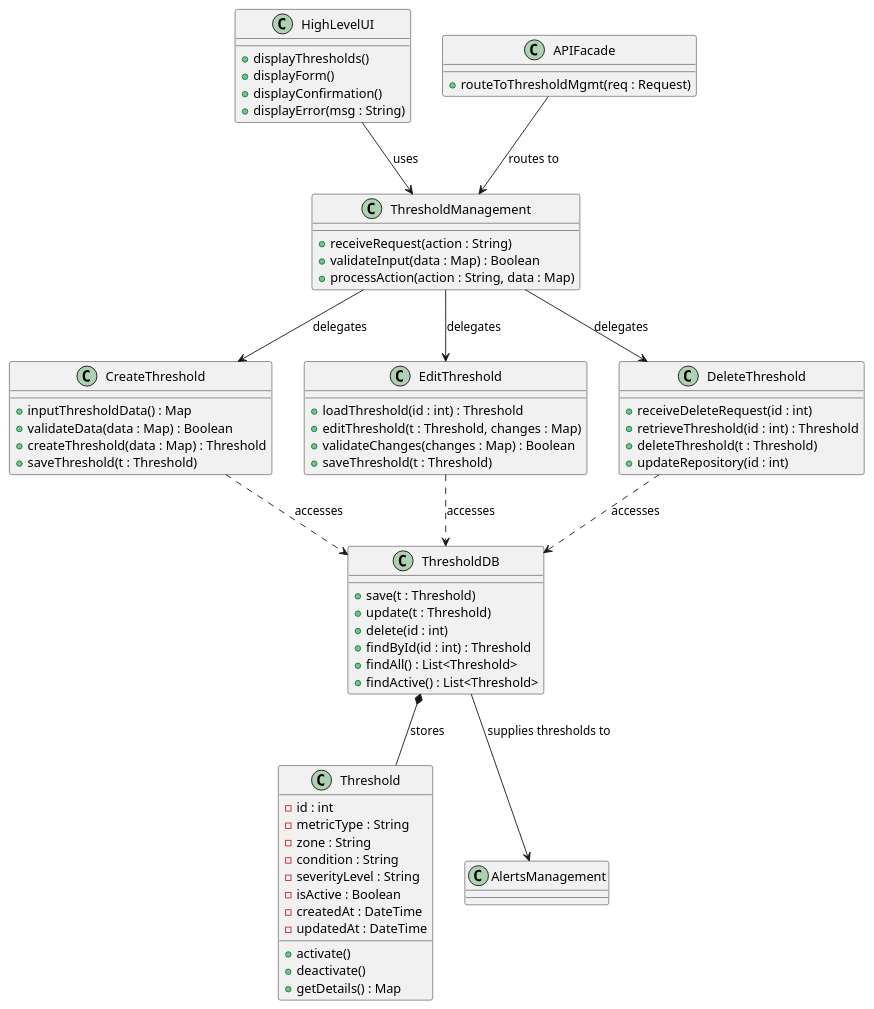
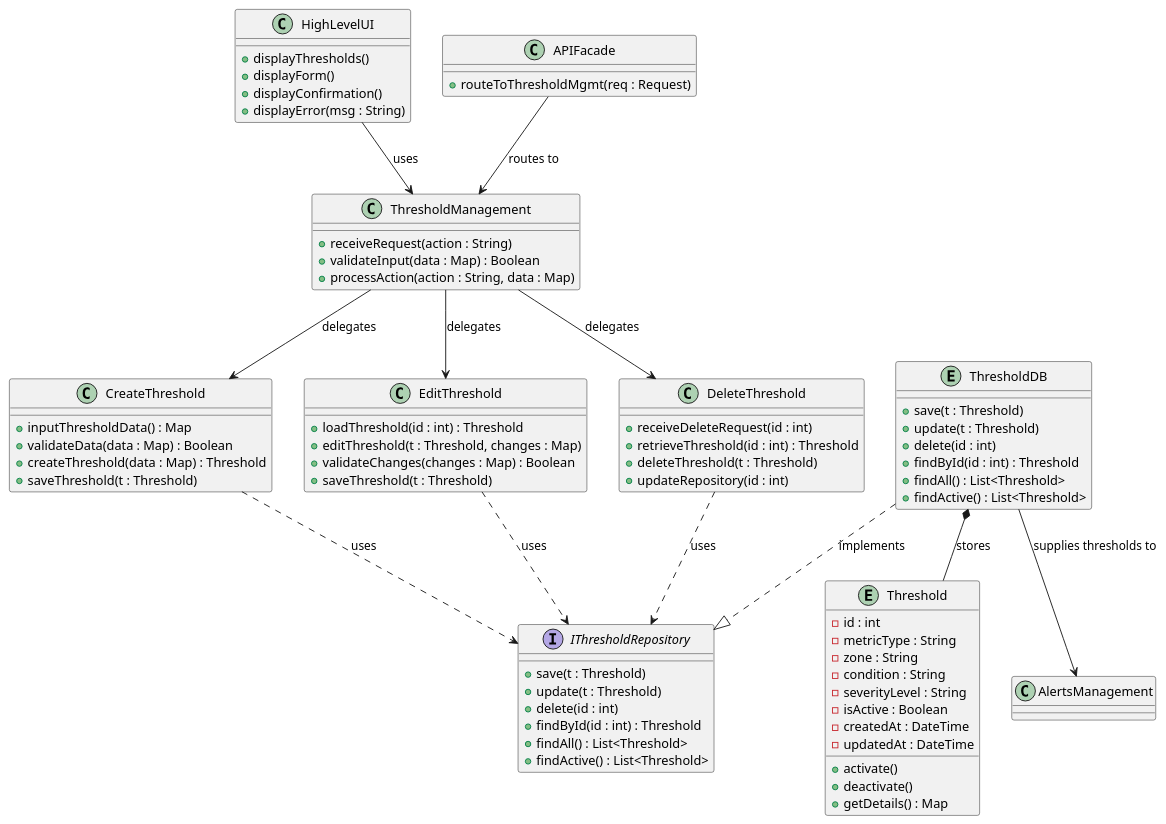
Before and after one commit to harmanpreet-sagar/sfwreng-3a04-group6-t01-scemas: the diagram in docs/diagrams/plantuml/class/thresh_subsystem.puml, drawn with PlantUML. The commit also changed 1 other file, not shown here.

```diff
--- a/docs/diagrams/plantuml/class/thresh_subsystem.puml
+++ b/docs/diagrams/plantuml/class/thresh_subsystem.puml
@@ -1,78 +1,88 @@
 @startuml ThresholdManagement_ClassDiagram
 
 class HighLevelUI {
   +displayThresholds()
   +displayForm()
   +displayConfirmation()
   +displayError(msg : String)
 }
 
 class APIFacade {
   +routeToThresholdMgmt(req : Request)
 }
 
 class ThresholdManagement {
   +receiveRequest(action : String)
   +validateInput(data : Map) : Boolean
   +processAction(action : String, data : Map)
 }
 
 class CreateThreshold {
   +inputThresholdData() : Map
   +validateData(data : Map) : Boolean
   +createThreshold(data : Map) : Threshold
   +saveThreshold(t : Threshold)
 }
 
 class EditThreshold {
   +loadThreshold(id : int) : Threshold
   +editThreshold(t : Threshold, changes : Map)
   +validateChanges(changes : Map) : Boolean
   +saveThreshold(t : Threshold)
 }
 
 class DeleteThreshold {
   +receiveDeleteRequest(id : int)
   +retrieveThreshold(id : int) : Threshold
   +deleteThreshold(t : Threshold)
   +updateRepository(id : int)
 }
 
-class Threshold {
+interface IThresholdRepository {
+  +save(t : Threshold)
+  +update(t : Threshold)
+  +delete(id : int)
+  +findById(id : int) : Threshold
+  +findAll() : List<Threshold>
+  +findActive() : List<Threshold>
+}
+
+entity ThresholdDB {
+  +save(t : Threshold)
+  +update(t : Threshold)
+  +delete(id : int)
+  +findById(id : int) : Threshold
+  +findAll() : List<Threshold>
+  +findActive() : List<Threshold>
+}
+
+entity Threshold {
   -id : int
   -metricType : String
   -zone : String
   -condition : String
   -severityLevel : String
   -isActive : Boolean
   -createdAt : DateTime
   -updatedAt : DateTime
   +activate()
   +deactivate()
   +getDetails() : Map
 }
 
-class ThresholdDB {
-  +save(t : Threshold)
-  +update(t : Threshold)
-  +delete(id : int)
-  +findById(id : int) : Threshold
-  +findAll() : List<Threshold>
-  +findActive() : List<Threshold>
-}
-
 class AlertsManagement {
 }
 
 HighLevelUI --> ThresholdManagement : uses
 APIFacade --> ThresholdManagement : routes to
 ThresholdManagement --> CreateThreshold : delegates
 ThresholdManagement --> EditThreshold : delegates
 ThresholdManagement --> DeleteThreshold : delegates
-CreateThreshold ..> ThresholdDB : accesses
-EditThreshold ..> ThresholdDB : accesses
-DeleteThreshold ..> ThresholdDB : accesses
+CreateThreshold ..> IThresholdRepository : uses
+EditThreshold ..> IThresholdRepository : uses
+DeleteThreshold ..> IThresholdRepository : uses
+ThresholdDB ..|> IThresholdRepository : implements
 ThresholdDB *-- Threshold : stores
 ThresholdDB --> AlertsManagement : supplies thresholds to
 
 @enduml
```
